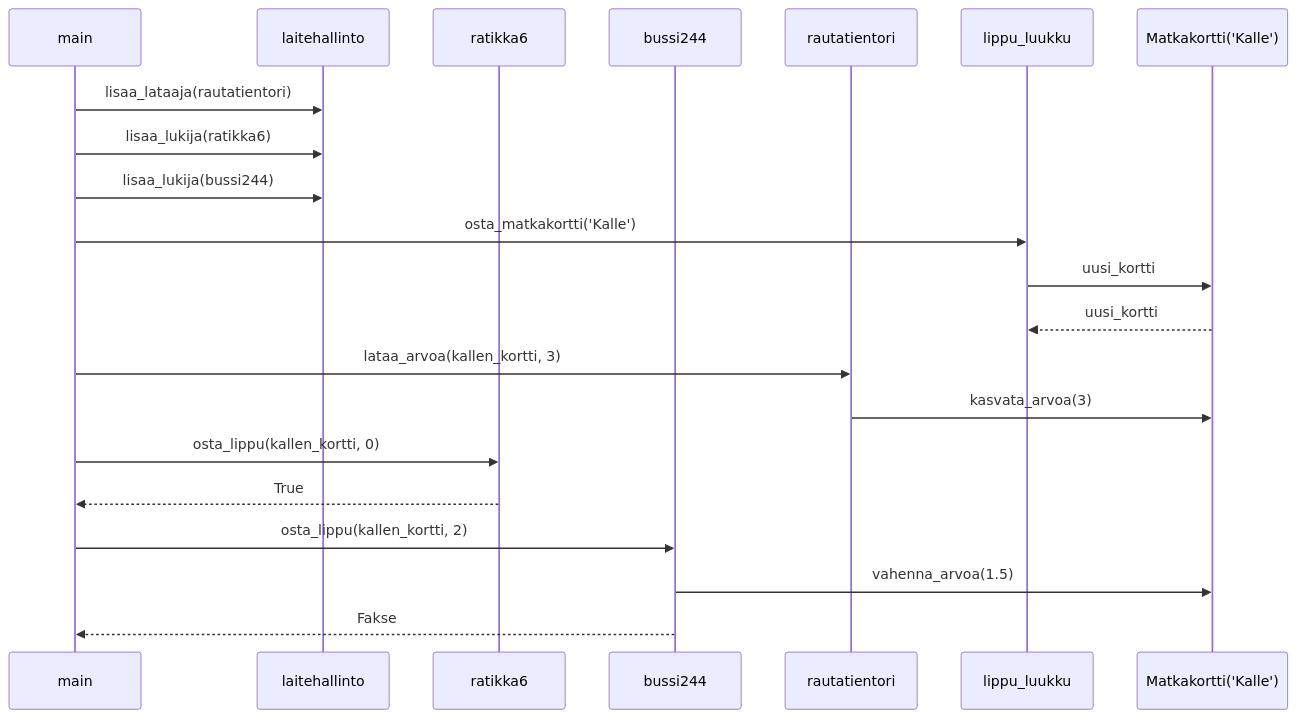
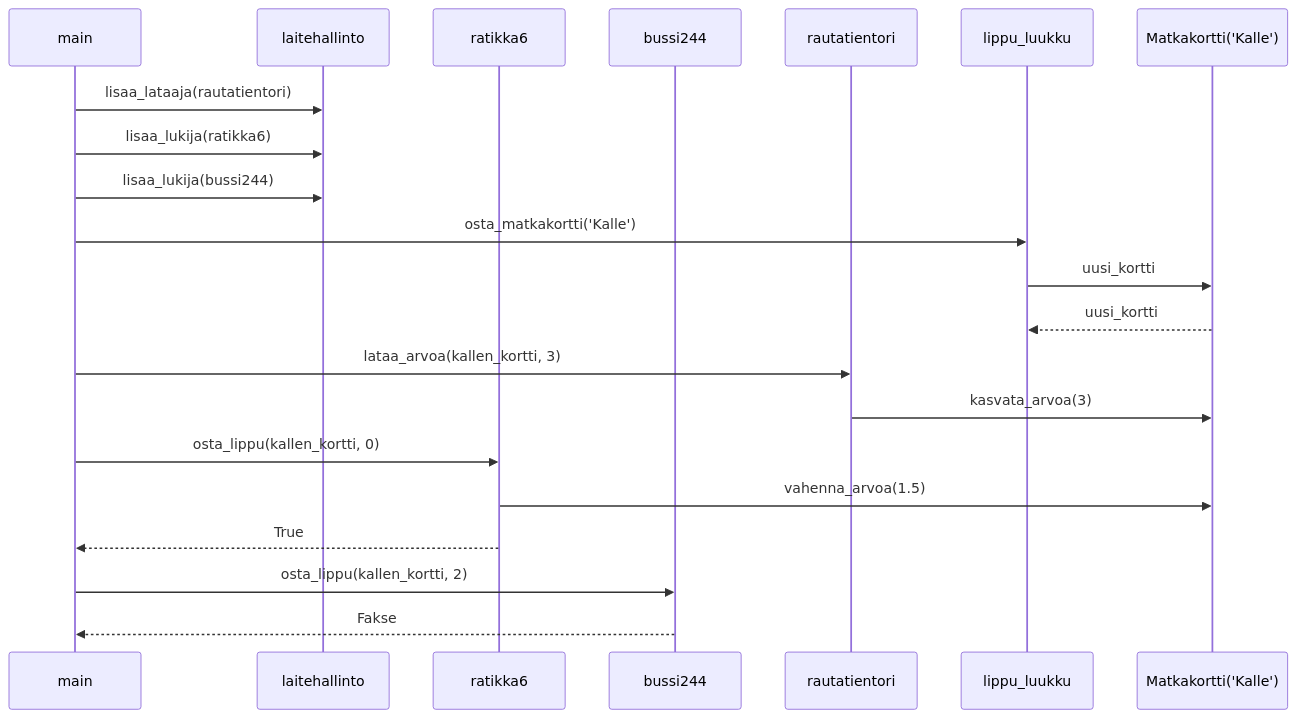
One commit to Iltsukka/ot-harjoitusty changed the diagram in laskarit/viikko3/pakkauskaavio.md. Above: the diagram before and after it, drawn with Mermaid.

````diff
--- a/laskarit/viikko3/pakkauskaavio.md
+++ b/laskarit/viikko3/pakkauskaavio.md
@@ -1,20 +1,21 @@
 ```mermaid
 sequenceDiagram
     main->>laitehallinto: lisaa_lataaja(rautatientori)
     participant ratikka6
     participant bussi244
     participant rautatientori
     main->>laitehallinto: lisaa_lukija(ratikka6)
     main->>laitehallinto: lisaa_lukija(bussi244)
     main->>lippu_luukku: osta_matkakortti('Kalle')
     lippu_luukku->>Matkakortti('Kalle'): uusi_kortti
     Matkakortti('Kalle')-->>lippu_luukku: uusi_kortti
     main->>rautatientori: lataa_arvoa(kallen_kortti, 3)
     rautatientori->>Matkakortti('Kalle'): kasvata_arvoa(3)
     main->>ratikka6: osta_lippu(kallen_kortti, 0)
+    ratikka6->>Matkakortti('Kalle'): vahenna_arvoa(1.5)
     ratikka6-->>main: True
     main->>bussi244: osta_lippu(kallen_kortti, 2)
-    bussi244->>Matkakortti('Kalle'): vahenna_arvoa(1.5)
+    
     bussi244-->>main: Fakse
 
 ```
````
